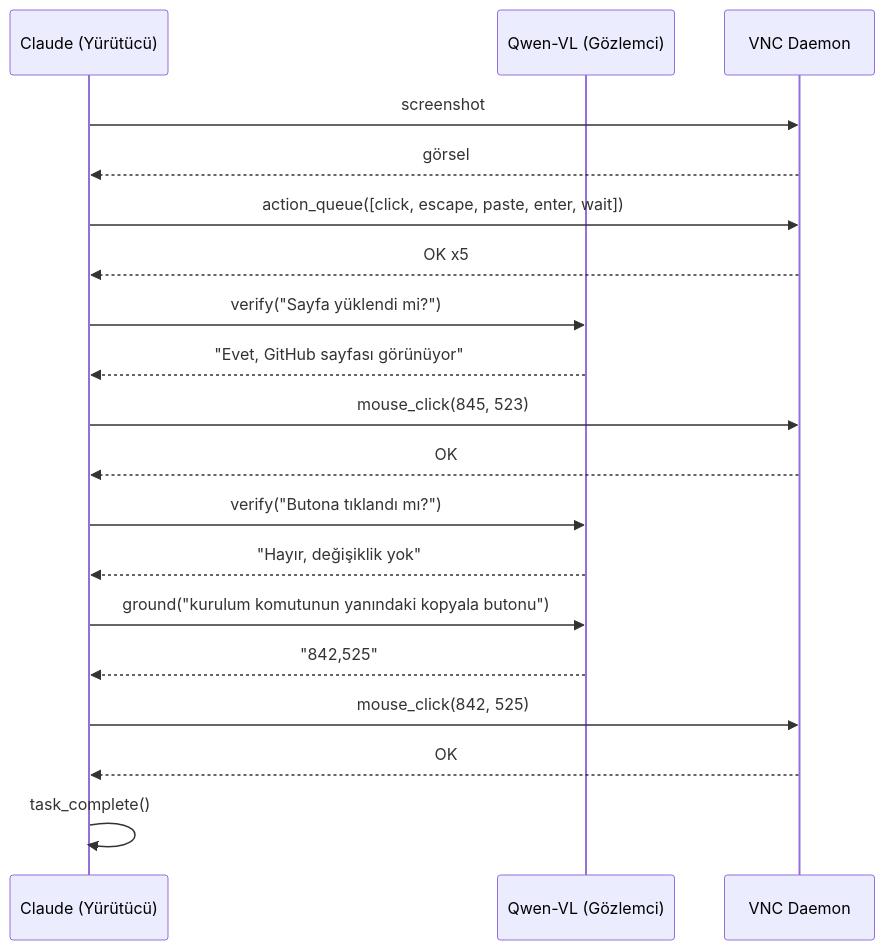
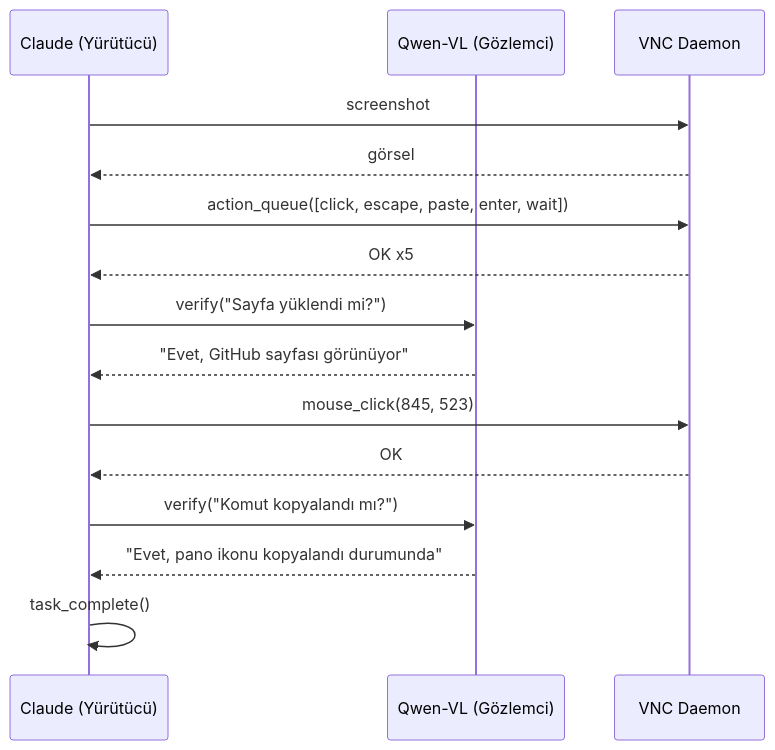
The diagram in test/README_TR.md (ARAS-Workspace/claude-kvm), drawn with Mermaid before and after one commit. The commit also changed other lines of this file and 5 other files, not shown here.

````diff
--- a/test/README_TR.md
+++ b/test/README_TR.md
@@ -7,25 +7,20 @@
 ```mermaid
 sequenceDiagram
     participant E as Claude (Yürütücü)
     participant O as Qwen-VL (Gözlemci)
     participant V as VNC Daemon
 
     E->>V: screenshot
     V-->>E: görsel
     E->>V: action_queue([click, escape, paste, enter, wait])
     V-->>E: OK x5
     E->>O: verify("Sayfa yüklendi mi?")
     O-->>E: "Evet, GitHub sayfası görünüyor"
 
     E->>V: mouse_click(845, 523)
     V-->>E: OK
-    E->>O: verify("Butona tıklandı mı?")
-    O-->>E: "Hayır, değişiklik yok"
-
-    E->>O: ground("kurulum komutunun yanındaki kopyala butonu")
-    O-->>E: "842,525"
-    E->>V: mouse_click(842, 525)
-    V-->>E: OK
+    E->>O: verify("Komut kopyalandı mı?")
+    O-->>E: "Evet, pano ikonu kopyalandı durumunda"
 
     E->>E: task_complete()
 ```
````
